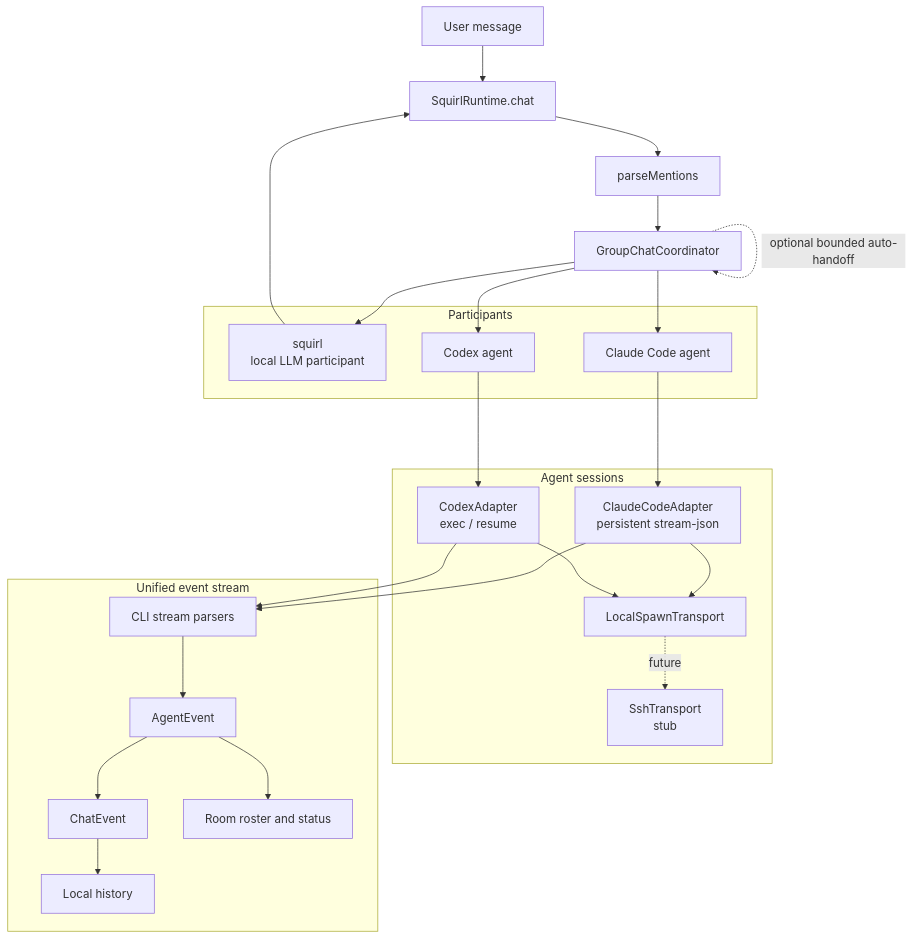
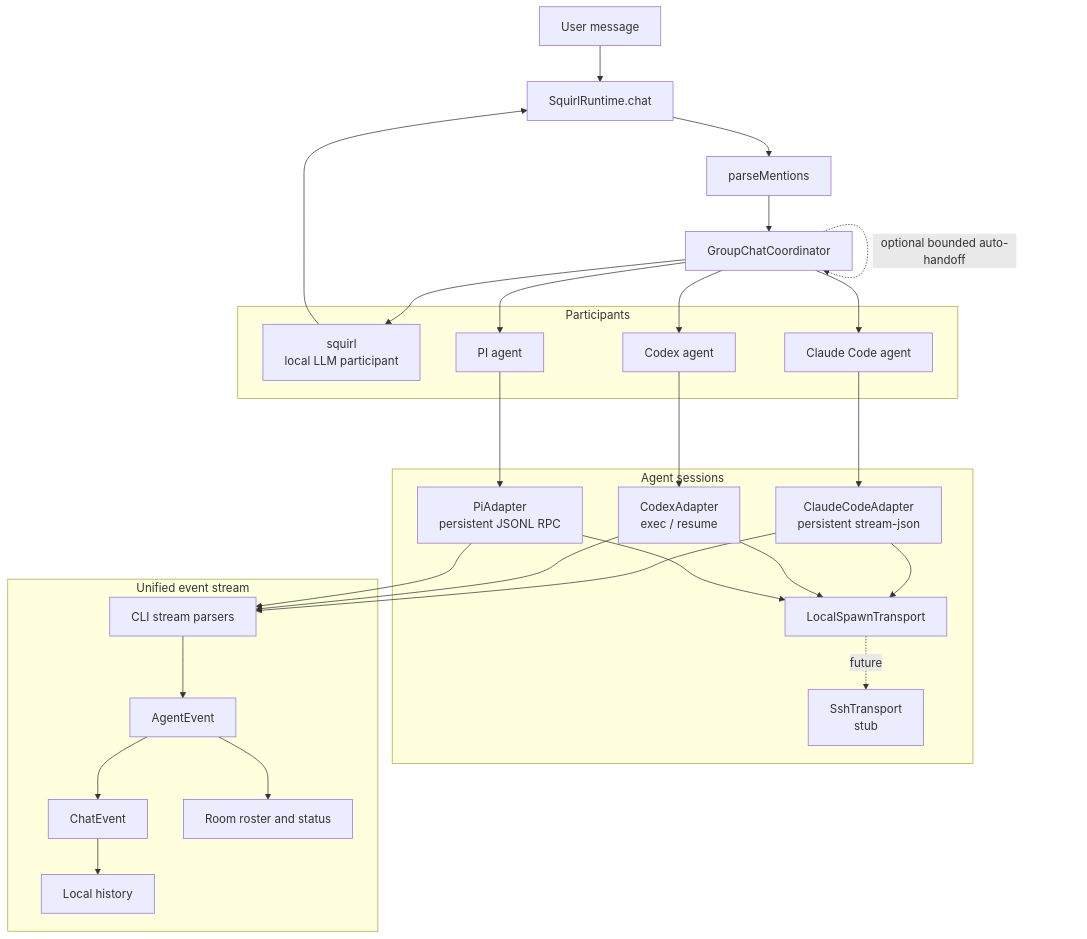
The diagram in docs/architecture/multi-agent-room.md (chrisdobler/squirl), drawn with Mermaid before and after one commit. The commit also changed other lines of this file and 4 other files, not shown here.

Commit message:
Document persistent multi-agent room architecture

````diff
--- a/docs/architecture/multi-agent-room.md
+++ b/docs/architecture/multi-agent-room.md
@@ -12,50 +12,56 @@
 ```mermaid
 flowchart TB
   user["User message"]
   mentions["parseMentions"]
   runtime["SquirlRuntime.chat"]
   coordinator["GroupChatCoordinator"]
 
   subgraph participants["Participants"]
     squirl["squirl\nlocal LLM participant"]
     claude["Claude Code agent"]
     codex["Codex agent"]
+    pi["PI agent"]
   end
 
   subgraph sessions["Agent sessions"]
     claudeAdapter["ClaudeCodeAdapter\npersistent stream-json"]
     codexAdapter["CodexAdapter\nexec / resume"]
+    piAdapter["PiAdapter\npersistent JSONL RPC"]
     transport["LocalSpawnTransport"]
     ssh["SshTransport\nstub"]
   end
 
   subgraph events["Unified event stream"]
     parser["CLI stream parsers"]
     agentEvents["AgentEvent"]
     chatEvents["ChatEvent"]
     roster["Room roster and status"]
     history["Local history"]
   end
 
   user --> runtime --> mentions
   mentions --> coordinator
   coordinator --> squirl
   coordinator --> claude
   coordinator --> codex
+  coordinator --> pi
 
   squirl --> runtime
   claude --> claudeAdapter
   codex --> codexAdapter
+  pi --> piAdapter
   claudeAdapter --> transport
   codexAdapter --> transport
+  piAdapter --> transport
   transport -. future .-> ssh
 
   claudeAdapter --> parser
   codexAdapter --> parser
+  piAdapter --> parser
   parser --> agentEvents
   agentEvents --> chatEvents
   agentEvents --> roster
   chatEvents --> history
 
   coordinator -.optional bounded auto-handoff.-> coordinator
 ```
````
